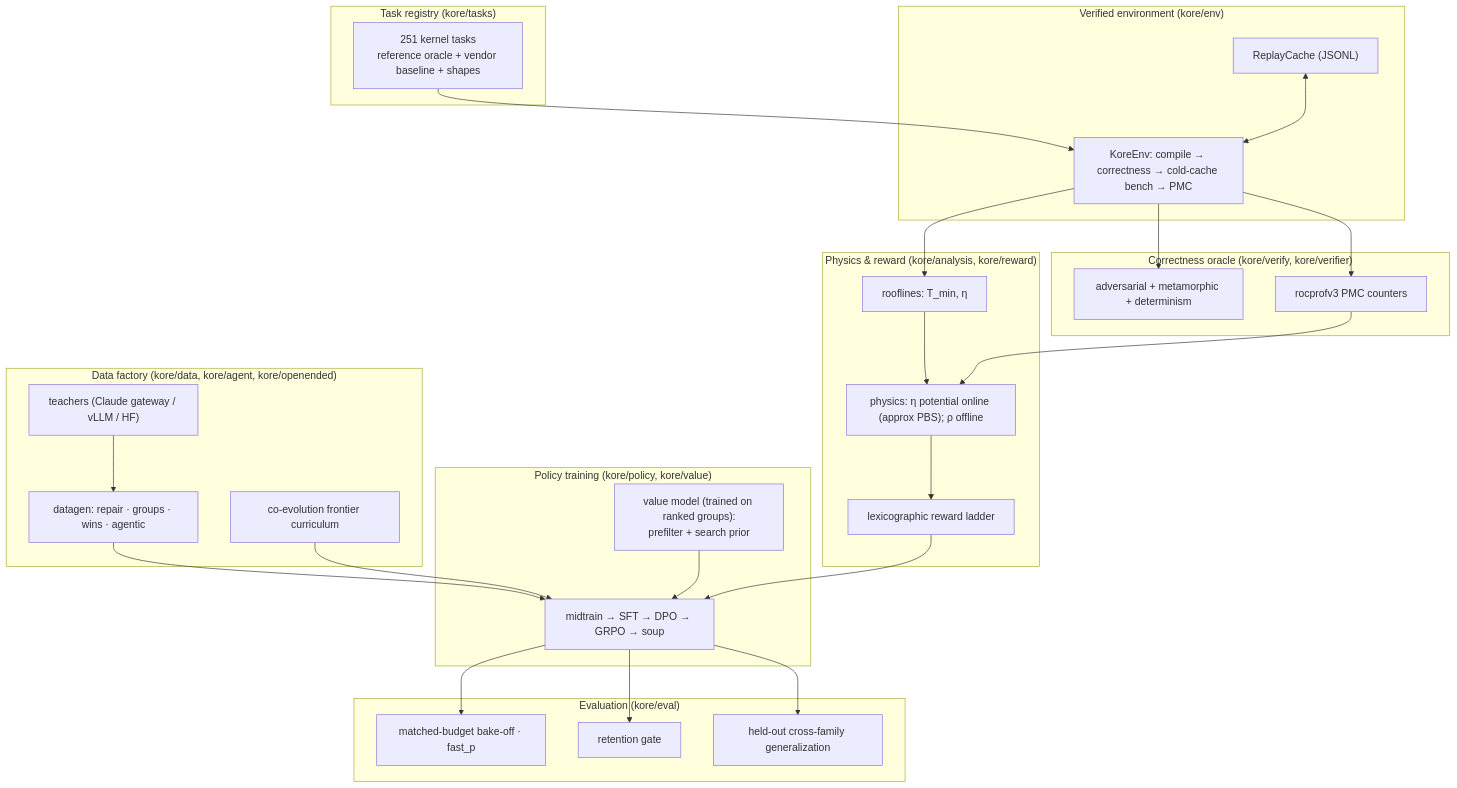
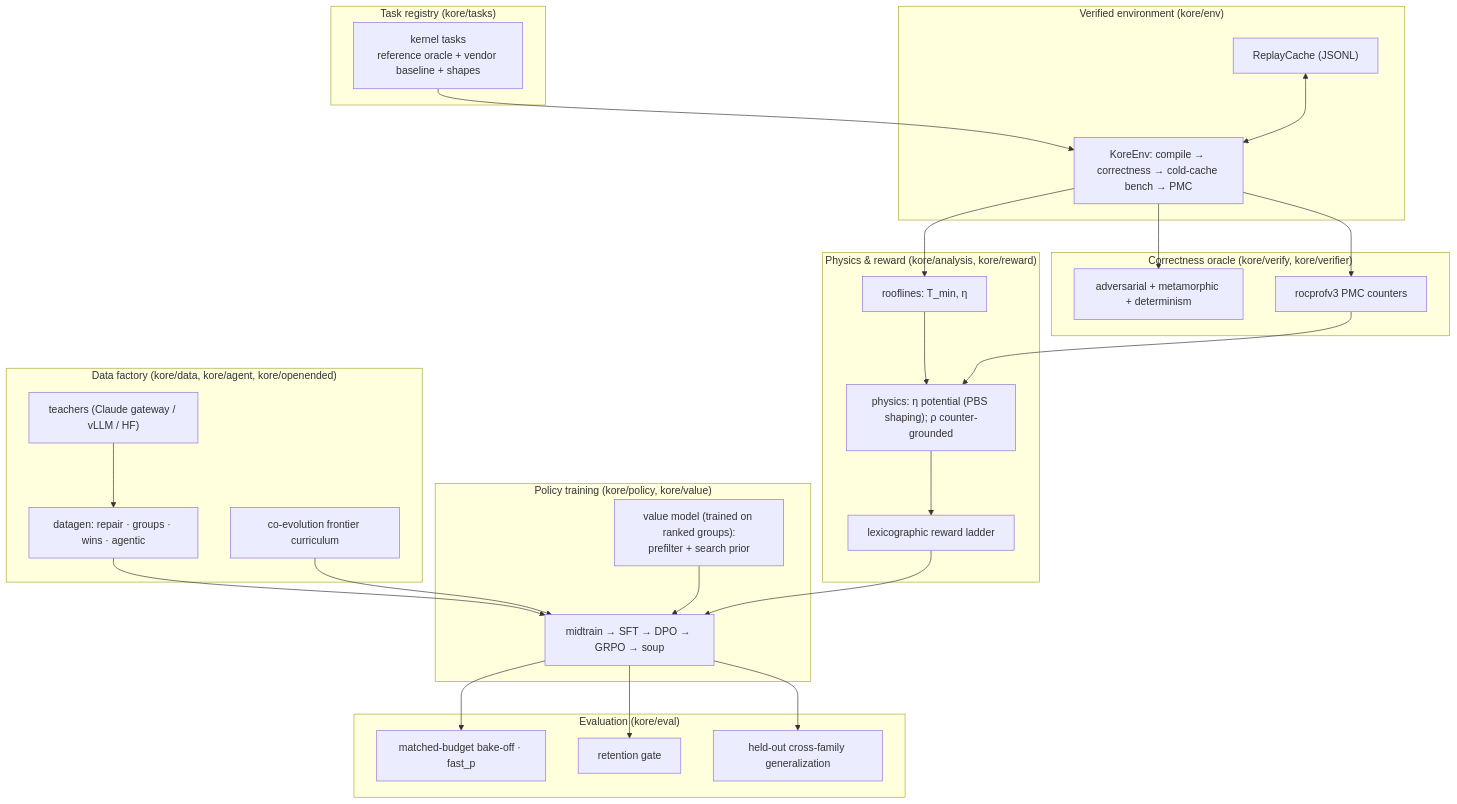
Before and after one commit to amd-shasriva/KORE: the first of 2 diagrams in README.md, drawn with Mermaid. The commit also changed other lines of this file and 23 other files, not shown here.

````diff
--- a/README.md
+++ b/README.md
@@ -160,44 +98,44 @@
 ```mermaid
 flowchart TB
   subgraph reg["Task registry (kore/tasks)"]
-    T["251 kernel tasks<br/>reference oracle + vendor baseline + shapes"]
+    T["kernel tasks<br/>reference oracle + vendor baseline + shapes"]
   end
   subgraph env["Verified environment (kore/env)"]
     KE["KoreEnv: compile → correctness → cold-cache bench → PMC"]
     RC["ReplayCache (JSONL)"]
   end
   subgraph sci["Physics & reward (kore/analysis, kore/reward)"]
     RF["rooflines: T_min, η"]
-    PH["physics: η potential online (approx PBS); ρ offline"]
+    PH["physics: η potential (PBS shaping); ρ counter-grounded"]
     RW["lexicographic reward ladder"]
   end
   subgraph verify["Correctness oracle (kore/verify, kore/verifier)"]
     OR["adversarial + metamorphic + determinism"]
     PMC["rocprofv3 PMC counters"]
   end
   subgraph data["Data factory (kore/data, kore/agent, kore/openended)"]
     TE["teachers (Claude gateway / vLLM / HF)"]
     DG["datagen: repair · groups · wins · agentic"]
     CO["co-evolution frontier curriculum"]
   end
   subgraph train["Policy training (kore/policy, kore/value)"]
     ST["midtrain → SFT → DPO → GRPO → soup"]
     VM["value model (trained on ranked groups):<br/>prefilter + search prior"]
   end
   subgraph eval["Evaluation (kore/eval)"]
     BO["matched-budget bake-off · fast_p"]
     RG["retention gate"]
     GN["held-out cross-family generalization"]
   end
   T --> KE --> RF --> PH --> RW
   KE --> OR
   KE --> PMC --> PH
   RC <--> KE
   TE --> DG --> ST
   CO --> ST
   VM --> ST
   RW --> ST
   ST --> BO
   ST --> RG
   ST --> GN
 ```
````
